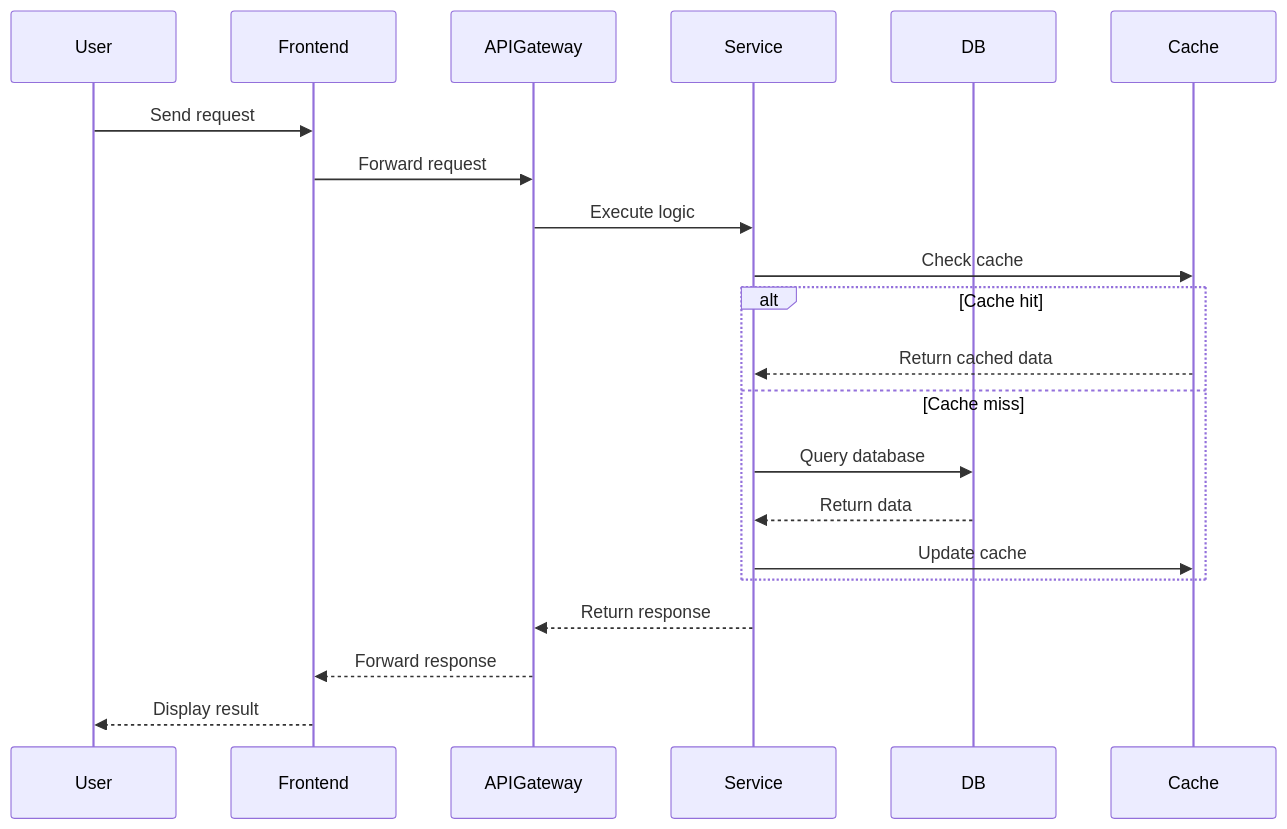
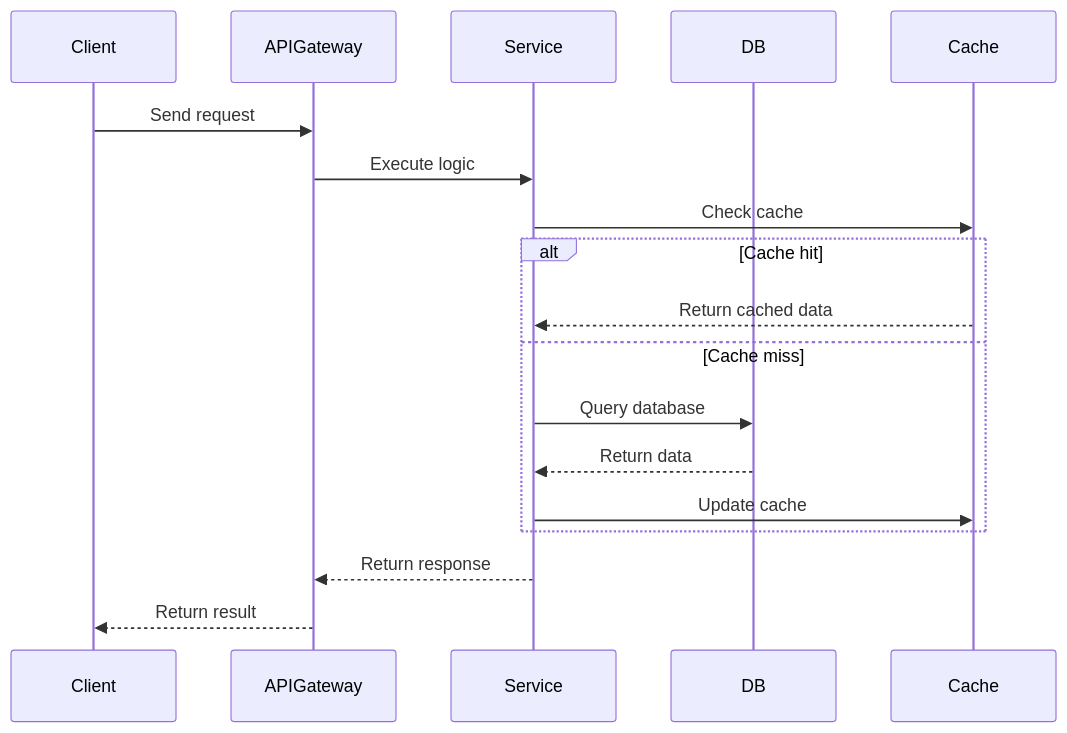
Before and after one commit to Lukianos76/project_babel: the first of 4 diagrams in docs/architecture/system-architecture.md, drawn with Mermaid. The commit also changed other lines of this file and 7 other files, not shown here.

````diff
--- a/docs/architecture/system-architecture.md
+++ b/docs/architecture/system-architecture.md
@@ -40,24 +42,21 @@
 ```mermaid
 sequenceDiagram
-    participant User
-    participant Frontend
+    participant Client
     participant APIGateway
     participant Service
     participant DB
     participant Cache
 
-    User->>Frontend: Send request
-    Frontend->>APIGateway: Forward request
+    Client->>APIGateway: Send request
     APIGateway->>Service: Execute logic
     Service->>Cache: Check cache
     alt Cache hit
         Cache-->>Service: Return cached data
     else Cache miss
         Service->>DB: Query database
         DB-->>Service: Return data
         Service->>Cache: Update cache
     end
     Service-->>APIGateway: Return response
-    APIGateway-->>Frontend: Forward response
-    Frontend-->>User: Display result
+    APIGateway-->>Client: Return result
 ```
````
